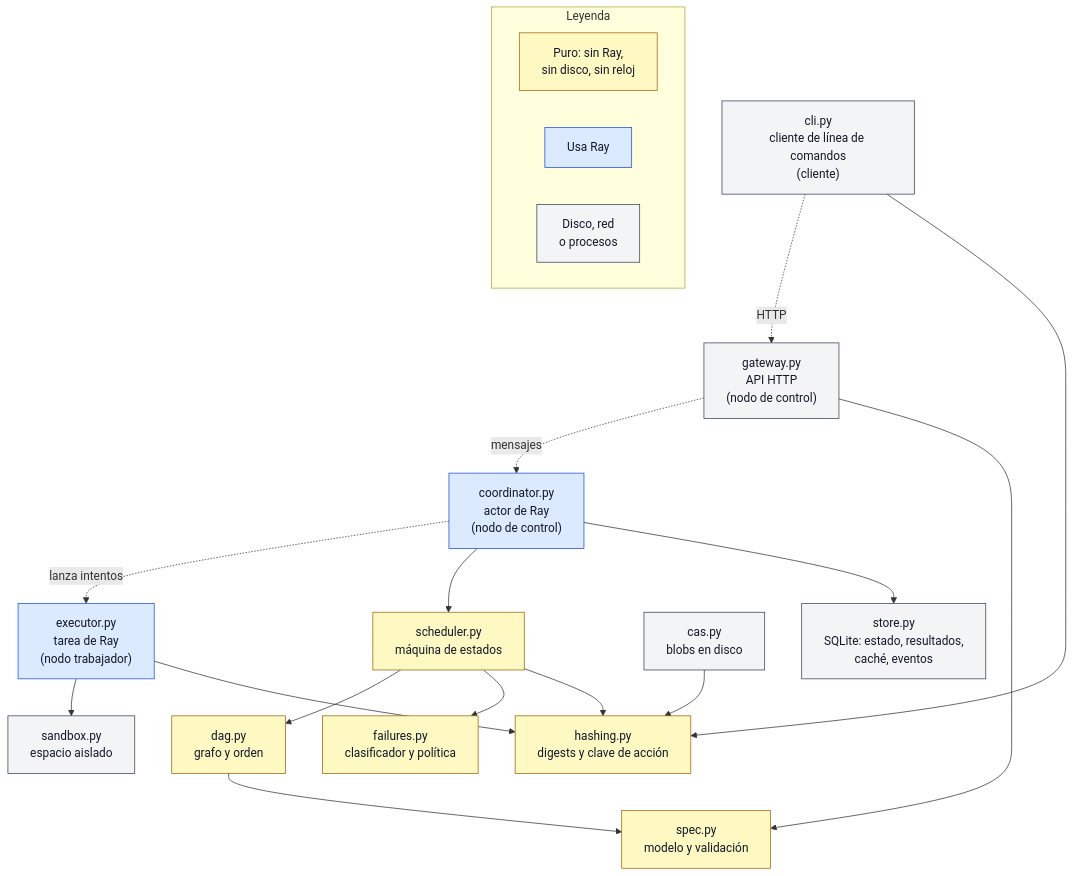
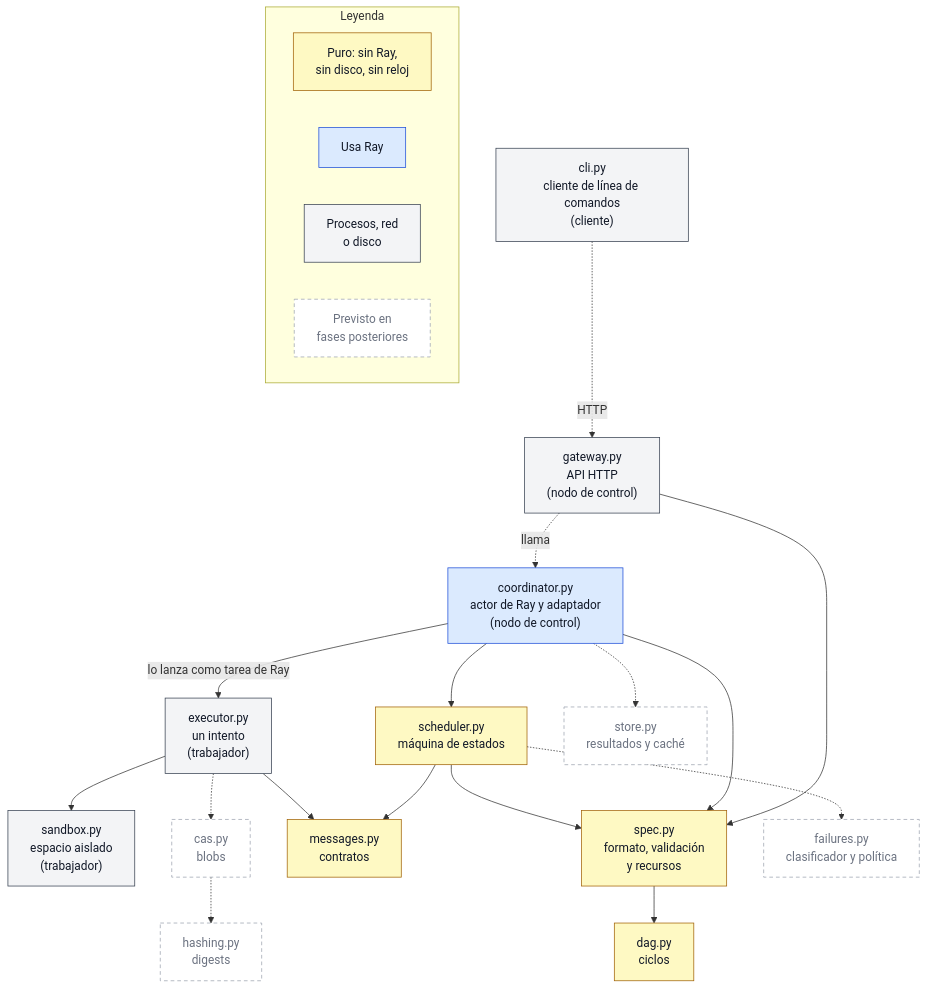
Before and after one commit to sebagonz106/Distributed-Process-Execution-System: the diagram in plan/diagramas/dependencias-modulos.mmd, drawn with Mermaid. The commit also changed 7 other files, not shown here.

First line of the commit message:
docs: record phase 2 decisions and refresh diagrams

```diff
--- a/plan/diagramas/dependencias-modulos.mmd
+++ b/plan/diagramas/dependencias-modulos.mmd
@@ -1,43 +1,49 @@
 flowchart TD
   cli["cli.py<br/>cliente de línea de comandos<br/>(cliente)"]
   gateway["gateway.py<br/>API HTTP<br/>(nodo de control)"]
-  coordinator["coordinator.py<br/>actor de Ray<br/>(nodo de control)"]
-  executor["executor.py<br/>tarea de Ray<br/>(nodo trabajador)"]
-  store["store.py<br/>SQLite: estado, resultados,<br/>caché, eventos"]
-  cas["cas.py<br/>blobs en disco"]
-  sandbox["sandbox.py<br/>espacio aislado"]
+  coordinator["coordinator.py<br/>actor de Ray y adaptador<br/>(nodo de control)"]
+  executor["executor.py<br/>un intento<br/>(trabajador)"]
+  sandbox["sandbox.py<br/>espacio aislado<br/>(trabajador)"]
   scheduler["scheduler.py<br/>máquina de estados"]
-  dag["dag.py<br/>grafo y orden"]
-  spec["spec.py<br/>modelo y validación"]
+  spec["spec.py<br/>formato, validación<br/>y recursos"]
+  dag["dag.py<br/>ciclos"]
+  messages["messages.py<br/>contratos"]
+  store["store.py<br/>resultados y caché"]
+  cas["cas.py<br/>blobs"]
   failures["failures.py<br/>clasificador y política"]
-  hashing["hashing.py<br/>digests y clave de acción"]
+  hashing["hashing.py<br/>digests"]
 
   cli -. "HTTP" .-> gateway
-  gateway -. "mensajes" .-> coordinator
-  coordinator -. "lanza intentos" .-> executor
+  gateway -. "llama" .-> coordinator
+  coordinator -- "lo lanza como tarea de Ray" --> executor
 
   gateway --> spec
   coordinator --> scheduler
-  coordinator --> store
+  coordinator --> spec
+  scheduler --> spec
+  scheduler --> messages
+  spec --> dag
   executor --> sandbox
-  executor --> hashing
-  cli --> hashing
-  cas --> hashing
-  scheduler --> dag
-  scheduler --> failures
-  scheduler --> hashing
-  dag --> spec
+  executor --> messages
+
+  coordinator -.-> store
+  scheduler -.-> failures
+  executor -.-> cas
+  cas -.-> hashing
 
   subgraph LEYENDA["Leyenda"]
     direction LR
     L1["Puro: sin Ray,<br/>sin disco, sin reloj"]
     L2["Usa Ray"]
-    L3["Disco, red<br/>o procesos"]
+    L3["Procesos, red<br/>o disco"]
+    L4["Previsto en<br/>fases posteriores"]
   end
 
   classDef puro fill:#fef9c3,stroke:#a16207,color:#111827
   classDef ray fill:#dbeafe,stroke:#1d4ed8,color:#111827
   classDef io fill:#f3f4f6,stroke:#374151,color:#111827
-  class scheduler,dag,spec,failures,hashing,L1 puro
-  class coordinator,executor,L2 ray
-  class cli,gateway,store,cas,sandbox,L3 io
+  classDef previsto fill:#ffffff,stroke:#9ca3af,color:#6b7280,stroke-dasharray:5 4
+  class scheduler,spec,dag,messages,L1 puro
+  class coordinator,L2 ray
+  class cli,gateway,executor,sandbox,L3 io
+  class store,cas,failures,hashing,L4 previsto
```
